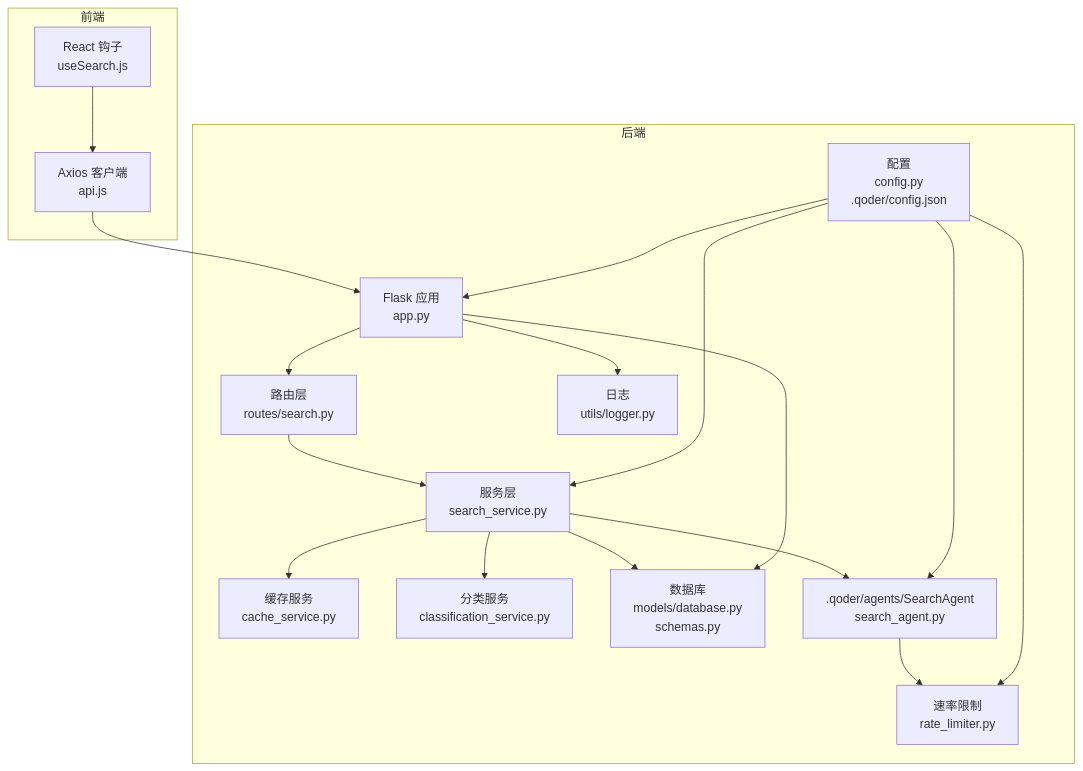
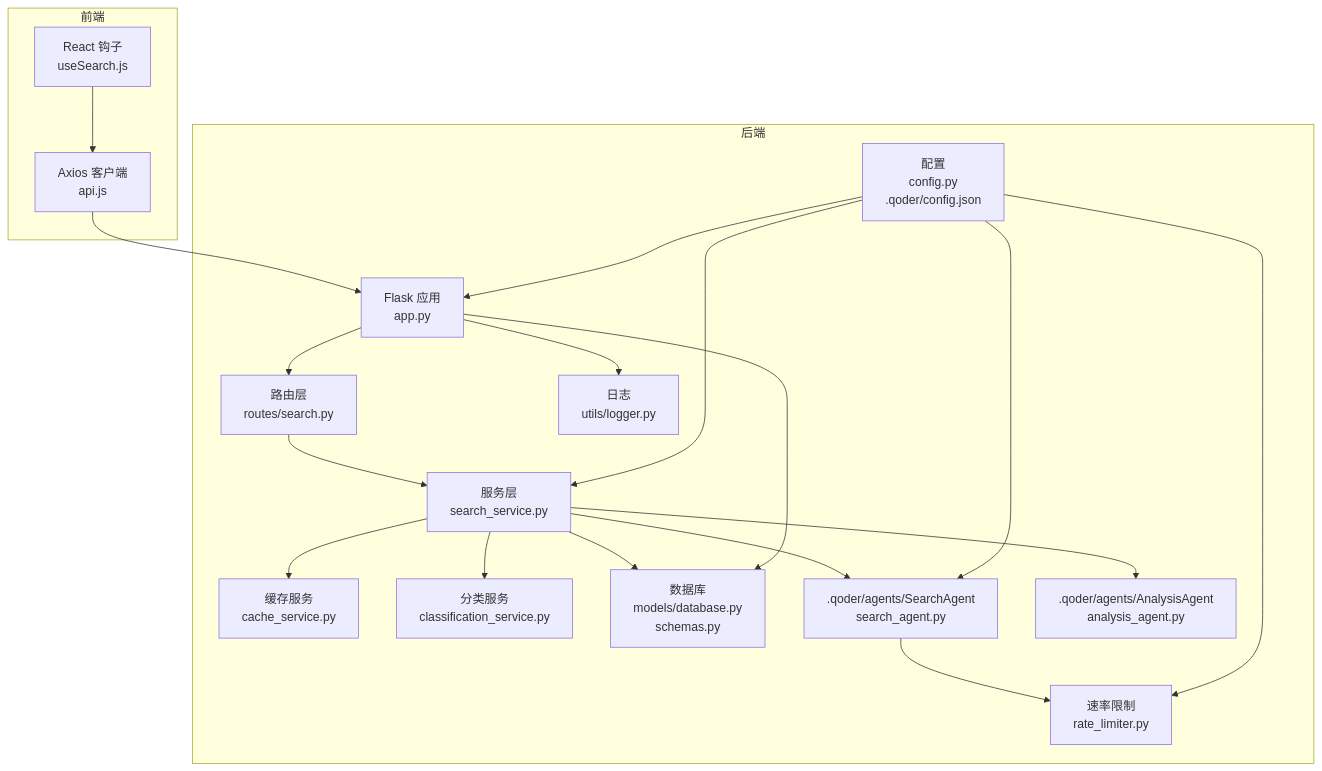
Before and after one commit to wangdy21/search_is_all_you_need: the first of 8 diagrams in .qoder/repowiki/zh/content/AI代理系统/搜索代理.md, drawn with Mermaid. The commit also changed other lines of this file and 11 other files, not shown here.

````diff
--- a/.qoder/repowiki/zh/content/AI代理系统/搜索代理.md
+++ b/.qoder/repowiki/zh/content/AI代理系统/搜索代理.md
@@ -47,34 +50,36 @@
 ```mermaid
 graph TB
 subgraph "前端"
 FE_hooks["React 钩子<br/>useSearch.js"]
 FE_api["Axios 客户端<br/>api.js"]
 end
 subgraph "后端"
 APP["Flask 应用<br/>app.py"]
 ROUTES["路由层<br/>routes/search.py"]
 SVC["服务层<br/>search_service.py"]
 CACHE["缓存服务<br/>cache_service.py"]
 CLASS["分类服务<br/>classification_service.py"]
 RATE["速率限制<br/>rate_limiter.py"]
 DB["数据库<br/>models/database.py<br/>schemas.py"]
 CFG["配置<br/>config.py<br/>.qoder/config.json"]
 LOG["日志<br/>utils/logger.py"]
 AGENT[".qoder/agents/SearchAgent<br/>search_agent.py"]
+ANALYSIS_AGENT[".qoder/agents/AnalysisAgent<br/>analysis_agent.py"]
 end
 FE_hooks --> FE_api
 FE_api --> APP
 APP --> ROUTES
 ROUTES --> SVC
 SVC --> CACHE
 SVC --> CLASS
 SVC --> AGENT
 AGENT --> RATE
+SVC --> ANALYSIS_AGENT
 SVC --> DB
 APP --> DB
 APP --> LOG
 CFG --> APP
 CFG --> SVC
 CFG --> AGENT
 CFG --> RATE
 ```
````
